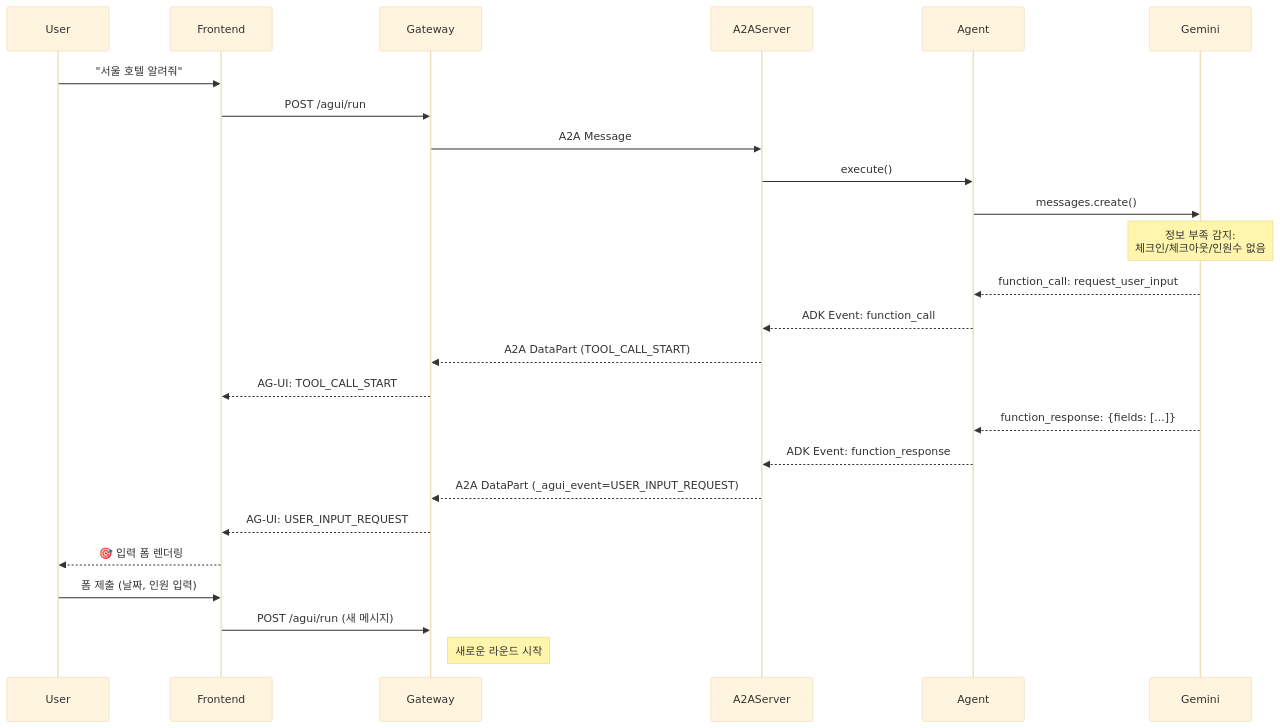
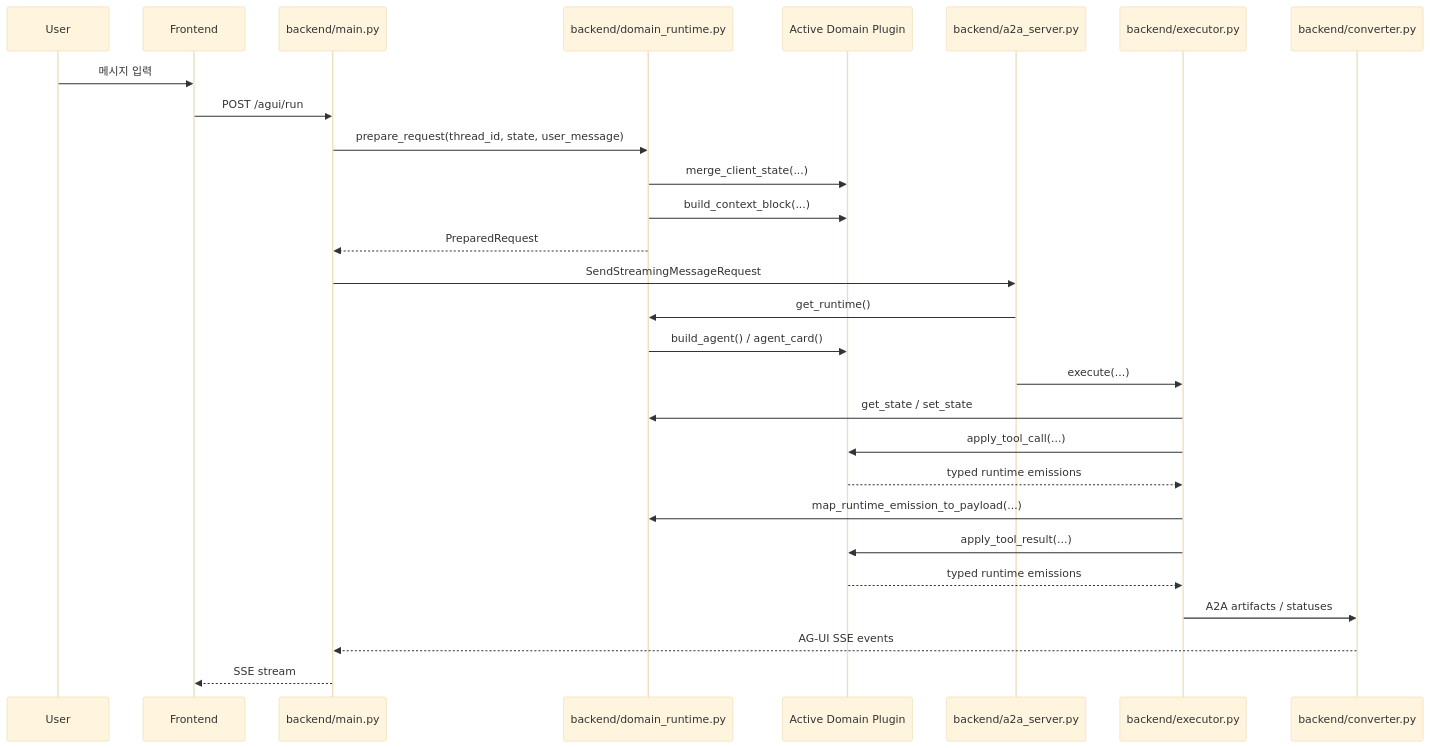
The second of 2 diagrams in COMMUNICATION_FLOW.md (park-kitae/travel-agui), drawn with Mermaid (base theme) before and after one commit. The commit also changed other lines of this file and 2 other files, not shown here.

First line of the commit message:
docs: update runtime separation docs

````diff
--- a/COMMUNICATION_FLOW.md
+++ b/COMMUNICATION_FLOW.md
@@ -922,32 +80,33 @@
 ```mermaid
 sequenceDiagram
     participant User
-    participant Frontend
-    participant Gateway
-    participant A2AServer
-    participant Agent
-    participant Gemini
+    participant Frontend as Frontend
+    participant Main as backend/main.py
+    participant Runtime as backend/domain_runtime.py
+    participant Plugin as Active Domain Plugin
+    participant A2A as backend/a2a_server.py
+    participant Exec as backend/executor.py
+    participant Conv as backend/converter.py
 
-    User->>Frontend: "서울 호텔 알려줘"
-    Frontend->>Gateway: POST /agui/run
-    Gateway->>A2AServer: A2A Message
-    A2AServer->>Agent: execute()
-    Agent->>Gemini: messages.create()
+    User->>Frontend: 메시지 입력
+    Frontend->>Main: POST /agui/run
+    Main->>Runtime: prepare_request(thread_id, state, user_message)
+    Runtime->>Plugin: merge_client_state(...)
+    Runtime->>Plugin: build_context_block(...)
+    Runtime-->>Main: PreparedRequest
 
-    Note over Gemini: 정보 부족 감지:<br/>체크인/체크아웃/인원수 없음
+    Main->>A2A: SendStreamingMessageRequest
+    A2A->>Runtime: get_runtime()
+    Runtime->>Plugin: build_agent() / agent_card()
+    A2A->>Exec: execute(...)
 
-    Gemini-->>Agent: function_call: request_user_input
-    Agent-->>A2AServer: ADK Event: function_call
-    A2AServer-->>Gateway: A2A DataPart (TOOL_CALL_START)
-    Gateway-->>Frontend: AG-UI: TOOL_CALL_START
-
-    Gemini-->>Agent: function_response: {fields: [...]}
-    Agent-->>A2AServer: ADK Event: function_response
-    A2AServer-->>Gateway: A2A DataPart (_agui_event=USER_INPUT_REQUEST)
-    Gateway-->>Frontend: AG-UI: USER_INPUT_REQUEST
-    Frontend-->>User: 🎯 입력 폼 렌더링
-
-    User->>Frontend: 폼 제출 (날짜, 인원 입력)
-    Frontend->>Gateway: POST /agui/run (새 메시지)
-    Note right of Gateway: 새로운 라운드 시작
+    Exec->>Runtime: get_state / set_state
+    Exec->>Plugin: apply_tool_call(...)
+    Plugin-->>Exec: typed runtime emissions
+    Exec->>Runtime: map_runtime_emission_to_payload(...)
+    Exec->>Plugin: apply_tool_result(...)
+    Plugin-->>Exec: typed runtime emissions
+    Exec->>Conv: A2A artifacts / statuses
+    Conv-->>Main: AG-UI SSE events
+    Main-->>Frontend: SSE stream
 ```
````
